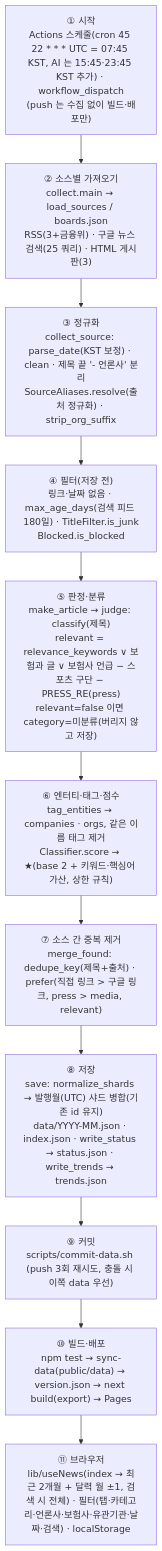
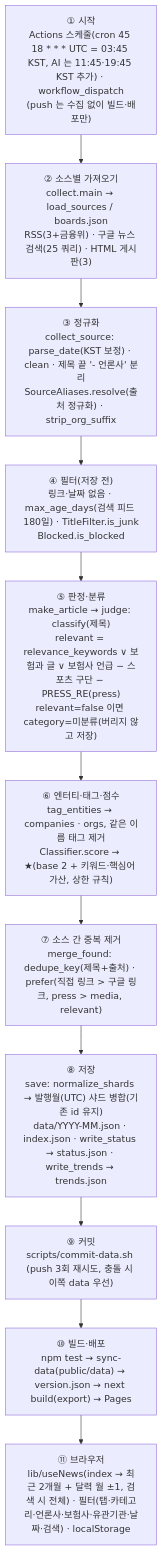
One commit to heukseoknews/heukseoknews.github.io changed the diagram in docs/architecture.md. Above: the diagram before and after it, drawn with Mermaid. The commit also changed other lines of this file and 10 other files, not shown here.

````diff
--- a/docs/architecture.md
+++ b/docs/architecture.md
@@ -23,14 +23,14 @@
 ```mermaid
 flowchart TD
-  A["① 시작<br/>Actions 스케줄(cron 45 22 * * * UTC = 07:45 KST, AI 는 15:45·23:45 KST 추가) · workflow_dispatch<br/>(push 는 수집 없이 빌드·배포만)"] --> B
+  A["① 시작<br/>Actions 스케줄(cron 45 18 * * * UTC = 03:45 KST, AI 는 11:45·19:45 KST 추가) · workflow_dispatch<br/>(push 는 수집 없이 빌드·배포만)"] --> B
   B["② 소스별 가져오기<br/>collect.main → load_sources / boards.json<br/>RSS(3+금융위) · 구글 뉴스 검색(25 쿼리) · HTML 게시판(3)"] --> C
   C["③ 정규화<br/>collect_source: parse_date(KST 보정) · clean · 제목 끝 '- 언론사' 분리<br/>SourceAliases.resolve(출처 정규화) · strip_org_suffix"] --> D
   D["④ 필터(저장 전)<br/>링크·날짜 없음 · max_age_days(검색 피드 180일) · TitleFilter.is_junk<br/>Blocked.is_blocked"] --> E
   E["⑤ 판정·분류<br/>make_article → judge: classify(제목)<br/>relevant = relevance_keywords ∨ 보험과 글 ∨ 보험사 언급 − 스포츠 구단 − PRESS_RE(press)<br/>relevant=false 이면 category=미분류(버리지 않고 저장)"] --> F
   F["⑥ 엔터티·태그·점수<br/>tag_entities → companies · orgs, 같은 이름 태그 제거<br/>Classifier.score → ★(base 2 + 키워드·핵심어 가산, 상한 규칙)"] --> G
   G["⑦ 소스 간 중복 제거<br/>merge_found: dedupe_key(제목+출처) · prefer(직접 링크 > 구글 링크, press > media, relevant)"] --> H
   H["⑧ 저장<br/>save: normalize_shards → 발행월(UTC) 샤드 병합(기존 id 유지)<br/>data/YYYY-MM.json · index.json · write_status → status.json · write_trends → trends.json"] --> I
   I["⑨ 커밋<br/>scripts/commit-data.sh (push 3회 재시도, 충돌 시 이쪽 data 우선)"] --> J
   J["⑩ 빌드·배포<br/>npm test → sync-data(public/data) → version.json → next build(export) → Pages"] --> K
   K["⑪ 브라우저<br/>lib/useNews(index → 최근 2개월 + 달력 월 ±1, 검색 시 전체) · 필터(탭·카테고리·언론사·보험사·유관기관·날짜·검색) · localStorage"]
 ```
````
